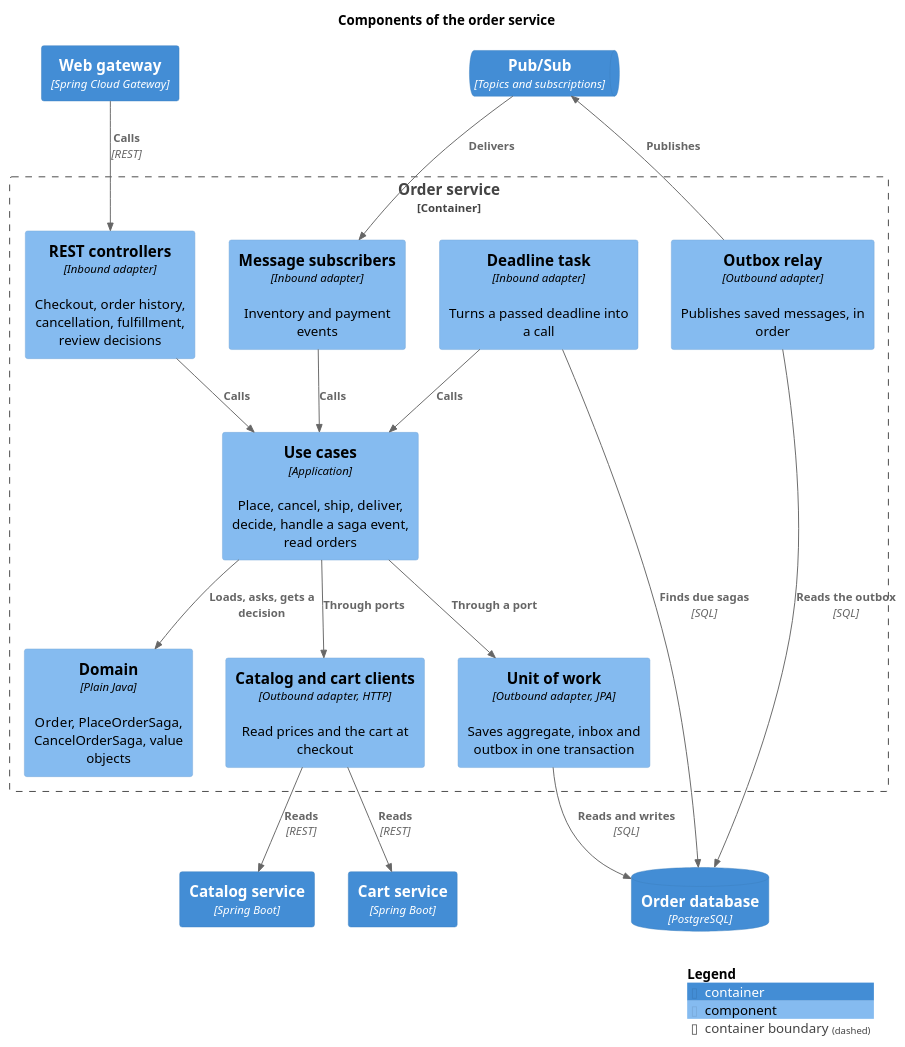
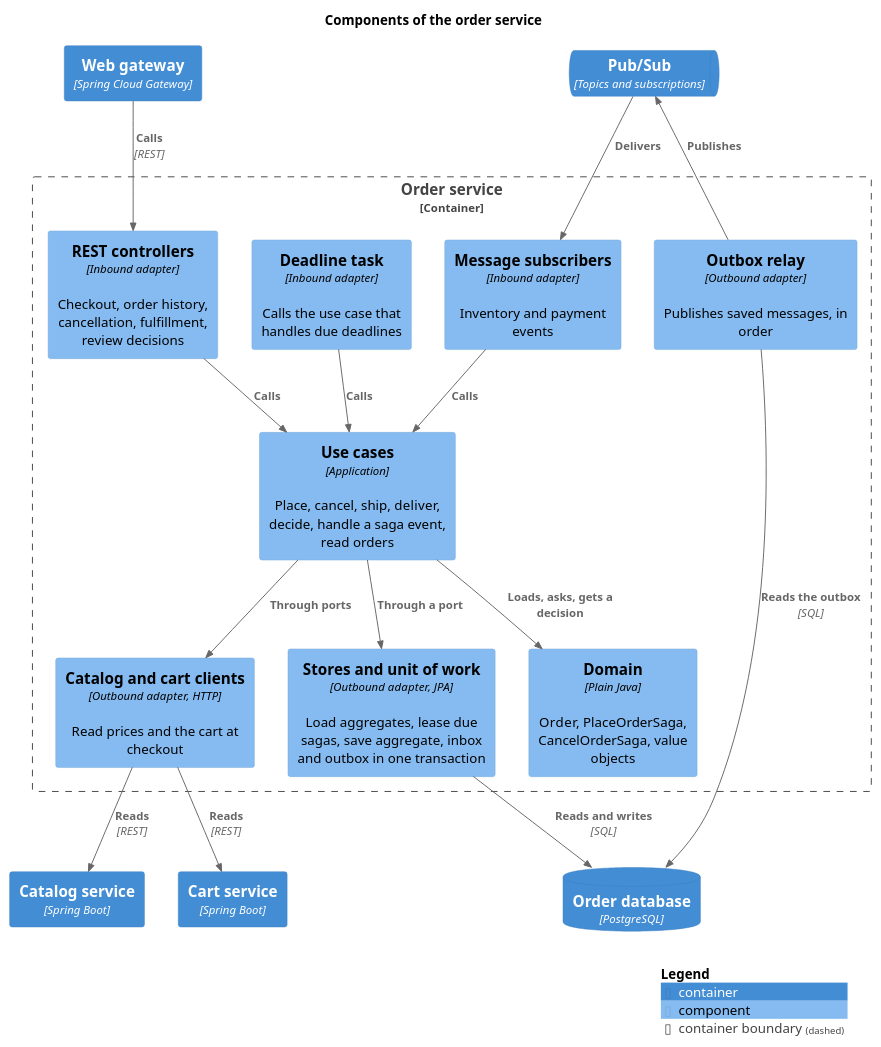
The diagram in doc/2-spec/04-architecture/diagrams/c4-component-order.puml (AxeloLabs/alten-commerce-platform), drawn with PlantUML before and after one commit. The commit also changed 12 other files, not shown here.

```diff
--- a/doc/2-spec/04-architecture/diagrams/c4-component-order.puml
+++ b/doc/2-spec/04-architecture/diagrams/c4-component-order.puml
@@ -1,38 +1,37 @@
 @startuml
 !include <C4/C4_Component>
 title Components of the order service
 
 Container(gw, "Web gateway", "Spring Cloud Gateway")
 Container(catalog, "Catalog service", "Spring Boot")
 Container(cartsvc, "Cart service", "Spring Boot")
 ContainerDb(db, "Order database", "PostgreSQL")
 ContainerQueue(bus, "Pub/Sub", "Topics and subscriptions")
 
 Container_Boundary(order, "Order service") {
   Component(rest, "REST controllers", "Inbound adapter", "Checkout, order history, cancellation, fulfillment, review decisions")
   Component(sub, "Message subscribers", "Inbound adapter", "Inventory and payment events")
-  Component(sched, "Deadline task", "Inbound adapter", "Turns a passed deadline into a call")
+  Component(sched, "Deadline task", "Inbound adapter", "Calls the use case that handles due deadlines")
   Component(app, "Use cases", "Application", "Place, cancel, ship, deliver, decide, handle a saga event, read orders")
   Component(dom, "Domain", "Plain Java", "Order, PlaceOrderSaga, CancelOrderSaga, value objects")
-  Component(uow, "Unit of work", "Outbound adapter, JPA", "Saves aggregate, inbox and outbox in one transaction")
+  Component(uow, "Stores and unit of work", "Outbound adapter, JPA", "Load aggregates, lease due sagas, save aggregate, inbox and outbox in one transaction")
   Component(relay, "Outbox relay", "Outbound adapter", "Publishes saved messages, in order")
   Component(clients, "Catalog and cart clients", "Outbound adapter, HTTP", "Read prices and the cart at checkout")
 }
 
 Rel(gw, rest, "Calls", "REST")
 Rel(bus, sub, "Delivers")
 Rel(rest, app, "Calls")
 Rel(sub, app, "Calls")
 Rel(sched, app, "Calls")
 Rel(app, dom, "Loads, asks, gets a decision")
 Rel(app, uow, "Through a port")
 Rel(app, clients, "Through ports")
 Rel(uow, db, "Reads and writes", "SQL")
-Rel(sched, db, "Finds due sagas", "SQL")
 Rel(relay, db, "Reads the outbox", "SQL")
 Rel(relay, bus, "Publishes")
 Rel(clients, catalog, "Reads", "REST")
 Rel(clients, cartsvc, "Reads", "REST")
 
 SHOW_LEGEND()
 @enduml
```
